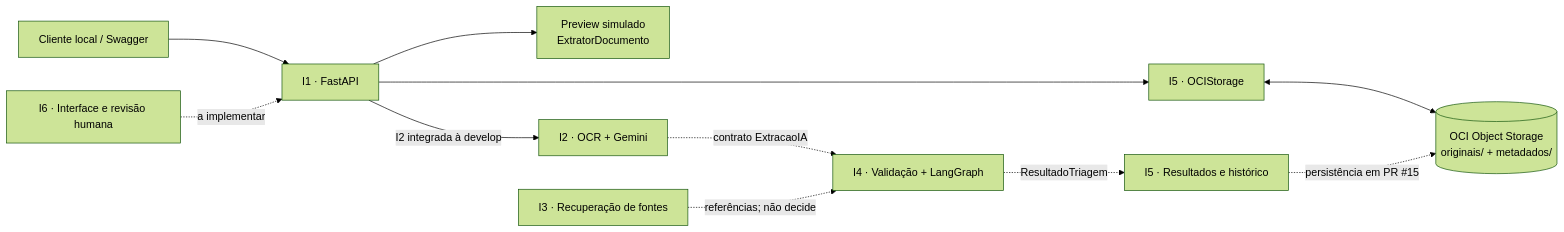
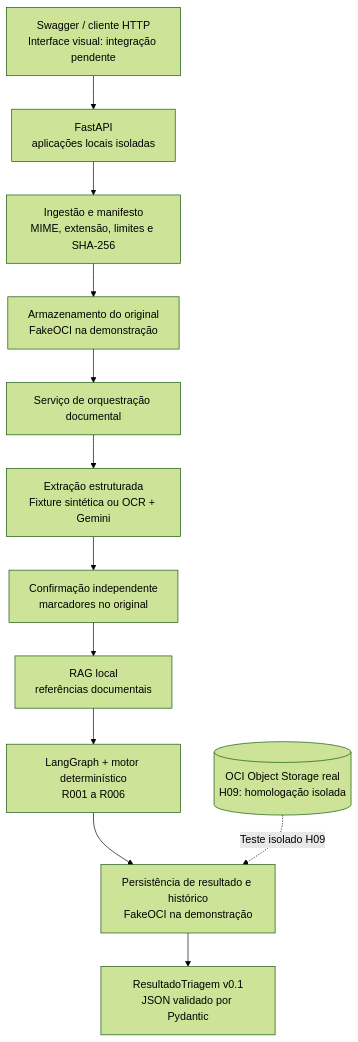
The first of 2 diagrams in README.md (No-Country-simulation/G10-BRASIL-EQUIPO17), drawn with Mermaid (forest theme) before and after one commit. The commit also changed other lines of this file, not shown here.

````diff
--- a/README.md
+++ b/README.md
@@ -51,13 +53,14 @@
 ```mermaid
-flowchart LR
-    CLIENTE["Cliente local / Swagger"] --> API["I1 · FastAPI"]
-    API --> STO["I5 · OCIStorage"]
-    STO <--> OCI[("OCI Object Storage\noriginais/ + metadados/")]
-    API --> PREVIEW["Preview simulado\nExtratorDocumento"]
-    API -->|I2 integrada à develop| EXTRACAO["I2 · OCR + Gemini"]
-    EXTRACAO -. "contrato ExtracaoIA" .-> AGENTE["I4 · Validação + LangGraph"]
-    RAG["I3 · Recuperação de fontes"] -. "referências; não decide" .-> AGENTE
-    AGENTE -. "ResultadoTriagem" .-> PERSIST["I5 · Resultados e histórico"]
-    PERSIST -. "persistência em PR #15" .-> OCI
-    UI["I6 · Interface e revisão humana"] -. "a implementar" .-> API
+flowchart TB
+    CLI["Swagger / cliente HTTP<br/>Interface visual: integração pendente"] --> API["FastAPI<br/>aplicações locais isoladas"]
+    API --> ING["Ingestão e manifesto<br/>MIME, extensão, limites e SHA-256"]
+    ING --> STORAGE["Armazenamento do original<br/>FakeOCI na demonstração"]
+    STORAGE --> ORCH["Serviço de orquestração documental"]
+    ORCH --> EXTR["Extração estruturada<br/>Fixture sintética ou OCR + Gemini"]
+    EXTR --> CONF["Confirmação independente<br/>marcadores no original"]
+    CONF --> RAG["RAG local<br/>referências documentais"]
+    RAG --> GRAPH["LangGraph + motor determinístico<br/>R001 a R006"]
+    GRAPH --> PERSIST["Persistência de resultado e histórico<br/>FakeOCI na demonstração"]
+    PERSIST --> JSON["ResultadoTriagem v0.1<br/>JSON validado por Pydantic"]
+    OCI[("OCI Object Storage real<br/>H09: homologação isolada")] -.->|Teste isolado H09| PERSIST
 ```
````
